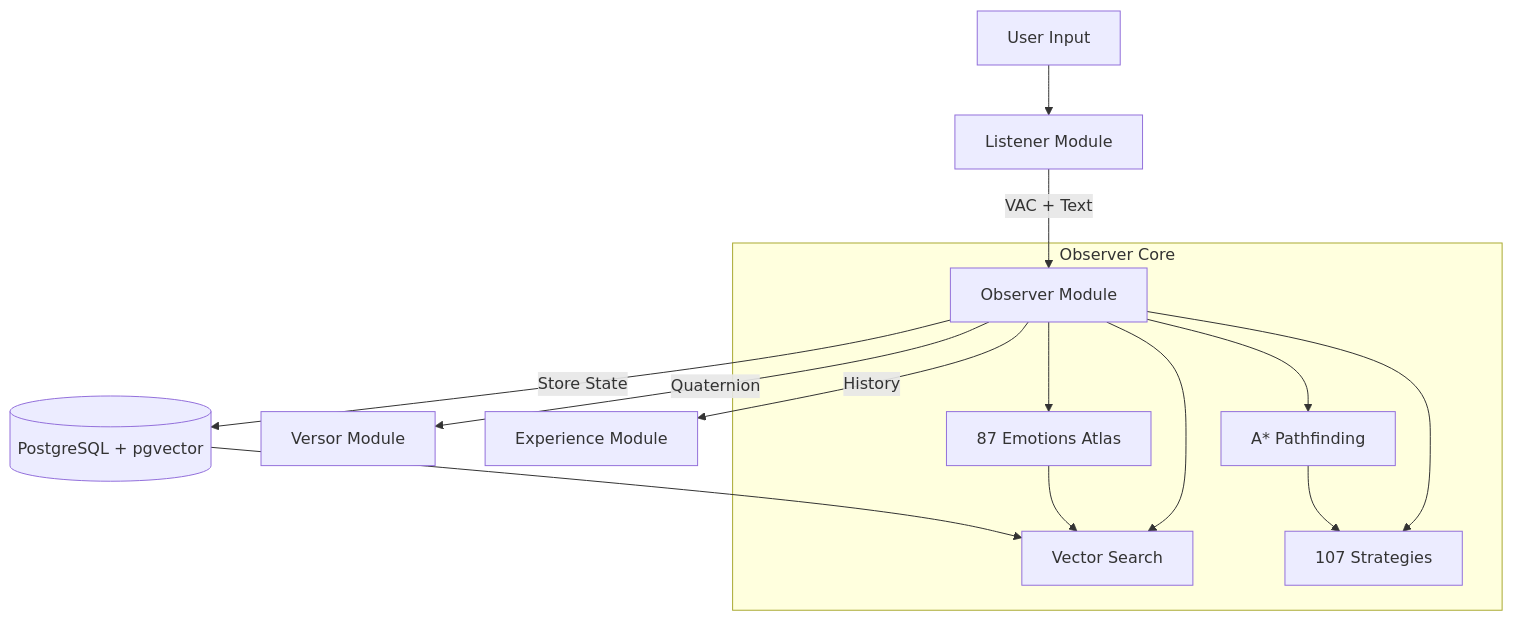
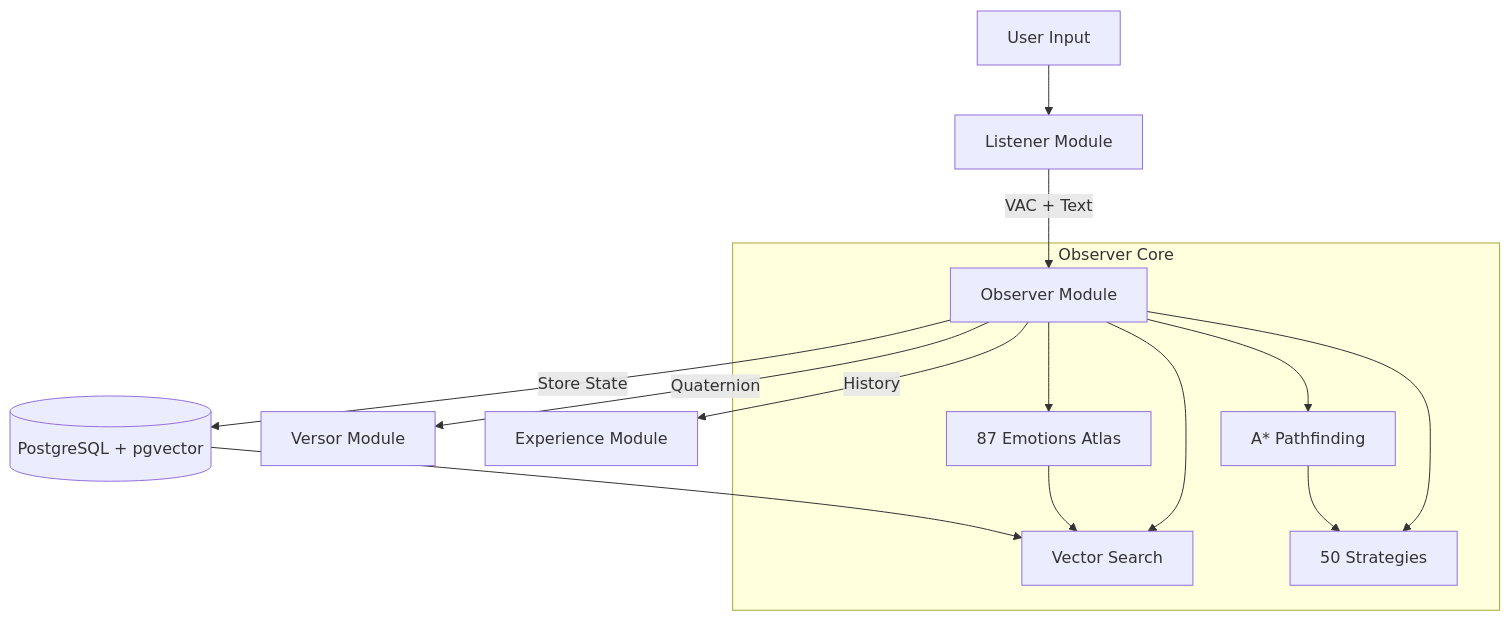
Before and after one commit to jrgochan/l_o_v_e: the diagram in docs/src/modules/observer/index.md, drawn with Mermaid. The commit also changed other lines of this file and 187 other files, not shown here.

````diff
--- a/docs/src/modules/observer/index.md
+++ b/docs/src/modules/observer/index.md
@@ -142,19 +142,19 @@
 ```mermaid
 graph TB
     User[User Input] --> Listener[Listener Module]
     Listener -->|VAC + Text| Observer[Observer Module]
     Observer -->|Store State| DB[(PostgreSQL + pgvector)]
     Observer -->|Quaternion| Versor[Versor Module]
     Observer -->|History| Experience[Experience Module]
 
     subgraph Observer Core
         Observer --> Atlas[87 Emotions Atlas]
         Observer --> Vector[Vector Search]
         Observer --> Path[A* Pathfinding]
-        Observer --> Strat[107 Strategies]
+        Observer --> Strat[50 Strategies]
     end
 
     DB --> Vector
     Atlas --> Vector
     Path --> Strat
 ```
````
